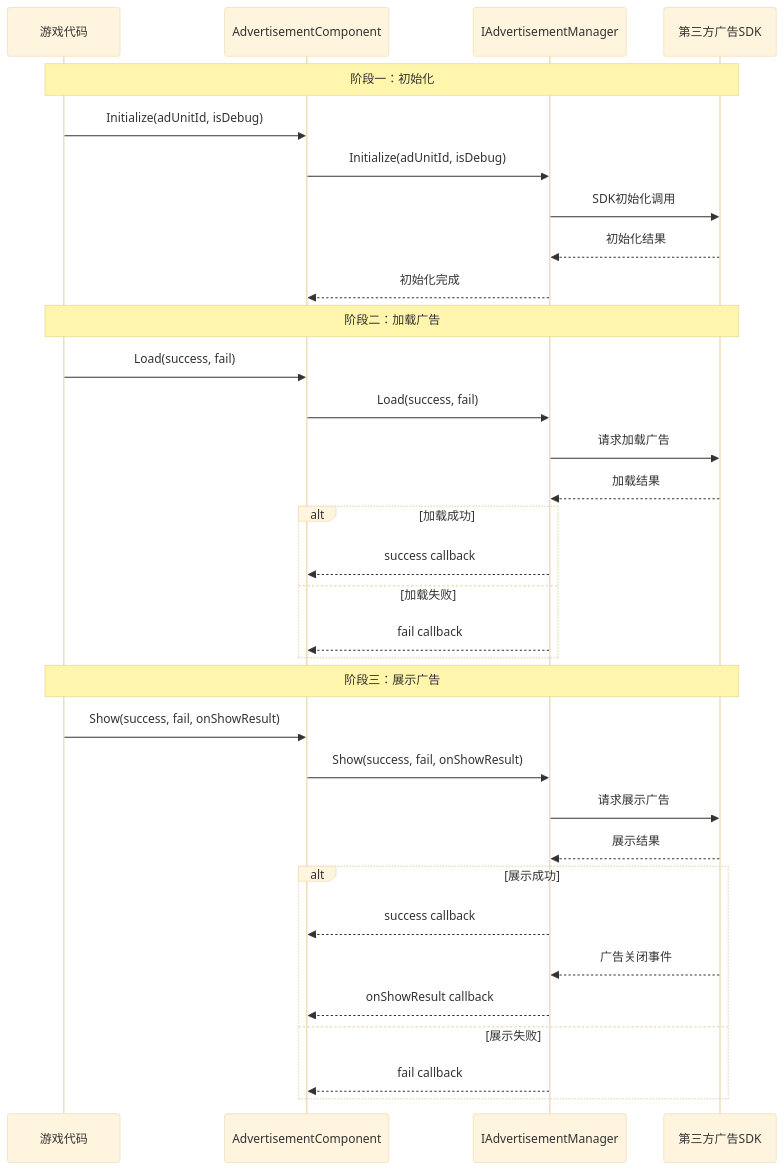
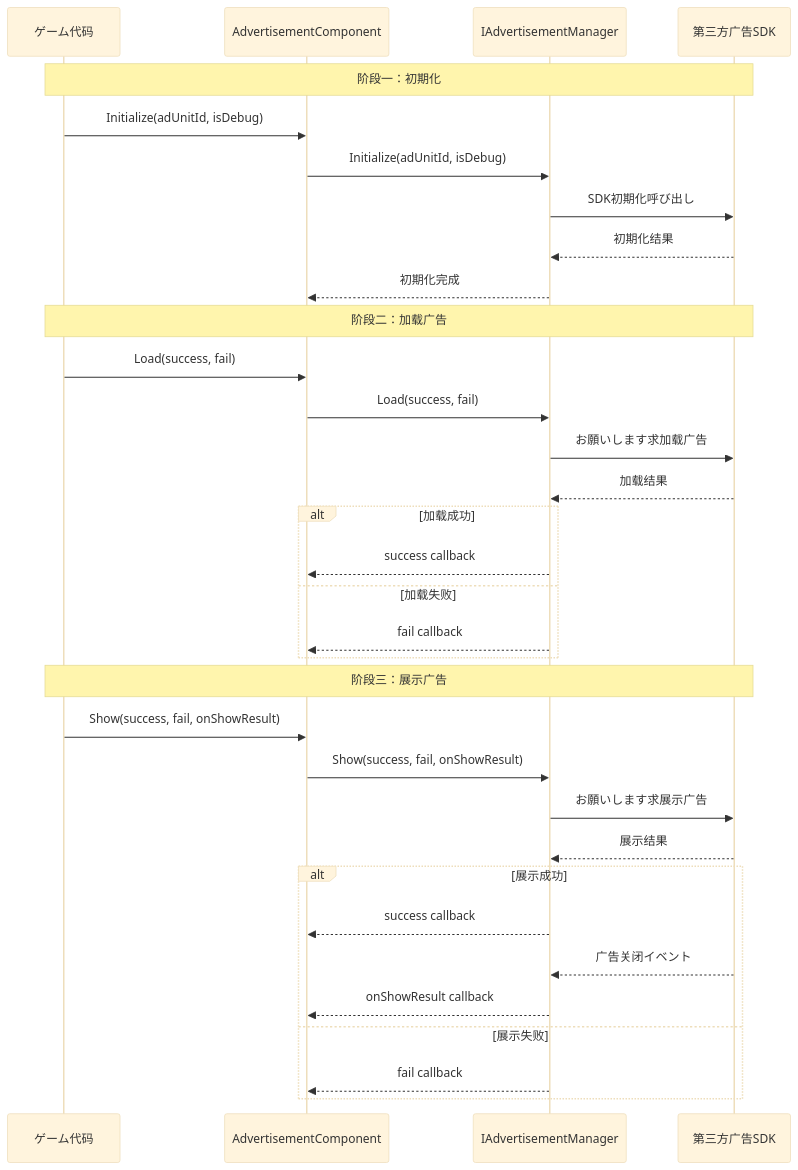
One commit to AlianBlank/GameFrameX.Docs changed the second of 2 diagrams in docs/ja/client/unity/component/advertisement/01.overview.md. Above: the diagram before and after it, drawn with Mermaid (base theme). The commit also changed other lines of this file and 603 other files, not shown here.

````diff
--- a/docs/ja/client/unity/component/advertisement/01.overview.md
+++ b/docs/ja/client/unity/component/advertisement/01.overview.md
@@ -99,38 +99,38 @@
 ```mermaid
 sequenceDiagram
-    participant Game as 游戏代码
+    participant Game as ゲーム代码
     participant AdComp as AdvertisementComponent
     participant AdMgr as IAdvertisementManager
     participant SDK as 第三方广告SDK
 
-    Note over Game,SDK: 阶段一：初始化
+    Note over Game,SDK: 阶段一：初期化
     Game->>AdComp: Initialize(adUnitId, isDebug)
     AdComp->>AdMgr: Initialize(adUnitId, isDebug)
-    AdMgr->>SDK: SDK初始化调用
-    SDK-->>AdMgr: 初始化结果
-    AdMgr-->>AdComp: 初始化完成
+    AdMgr->>SDK: SDK初期化呼び出し
+    SDK-->>AdMgr: 初期化结果
+    AdMgr-->>AdComp: 初期化完成
 
     Note over Game,SDK: 阶段二：加载广告
     Game->>AdComp: Load(success, fail)
     AdComp->>AdMgr: Load(success, fail)
-    AdMgr->>SDK: 请求加载广告
+    AdMgr->>SDK: お願いします求加载广告
     SDK-->>AdMgr: 加载结果
     alt 加载成功
         AdMgr-->>AdComp: success callback
     else 加载失败
         AdMgr-->>AdComp: fail callback
     end
 
     Note over Game,SDK: 阶段三：展示广告
     Game->>AdComp: Show(success, fail, onShowResult)
     AdComp->>AdMgr: Show(success, fail, onShowResult)
-    AdMgr->>SDK: 请求展示广告
+    AdMgr->>SDK: お願いします求展示广告
     SDK-->>AdMgr: 展示结果
     alt 展示成功
         AdMgr-->>AdComp: success callback
-        SDK-->>AdMgr: 广告关闭事件
+        SDK-->>AdMgr: 广告关闭イベント
         AdMgr-->>AdComp: onShowResult callback
     else 展示失败
         AdMgr-->>AdComp: fail callback
     end
 ```
````
